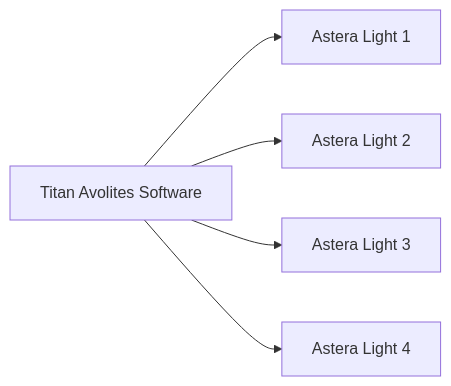
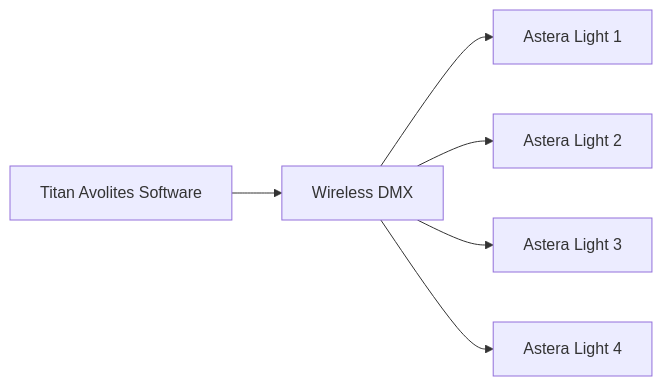
One commit to deniseten/EGL315 changed the fourth of 4 diagrams in README.md. Above: the diagram before and after it, drawn with Mermaid.

````diff
--- a/README.md
+++ b/README.md
@@ -29,8 +29,9 @@
 ```mermaid
 graph LR
 
-A[Titan Avolites Software] --> B[Astera Light 1]
-A --> C[Astera Light 2]
-A --> D[Astera Light 3]
-A --> E[Astera Light 4]
+A[Titan Avolites Software] --> B[Wireless DMX]
+B --> C[Astera Light 1]
+B --> D[Astera Light 2]
+B --> E[Astera Light 3]
+B --> F[Astera Light 4]
 ```
````
